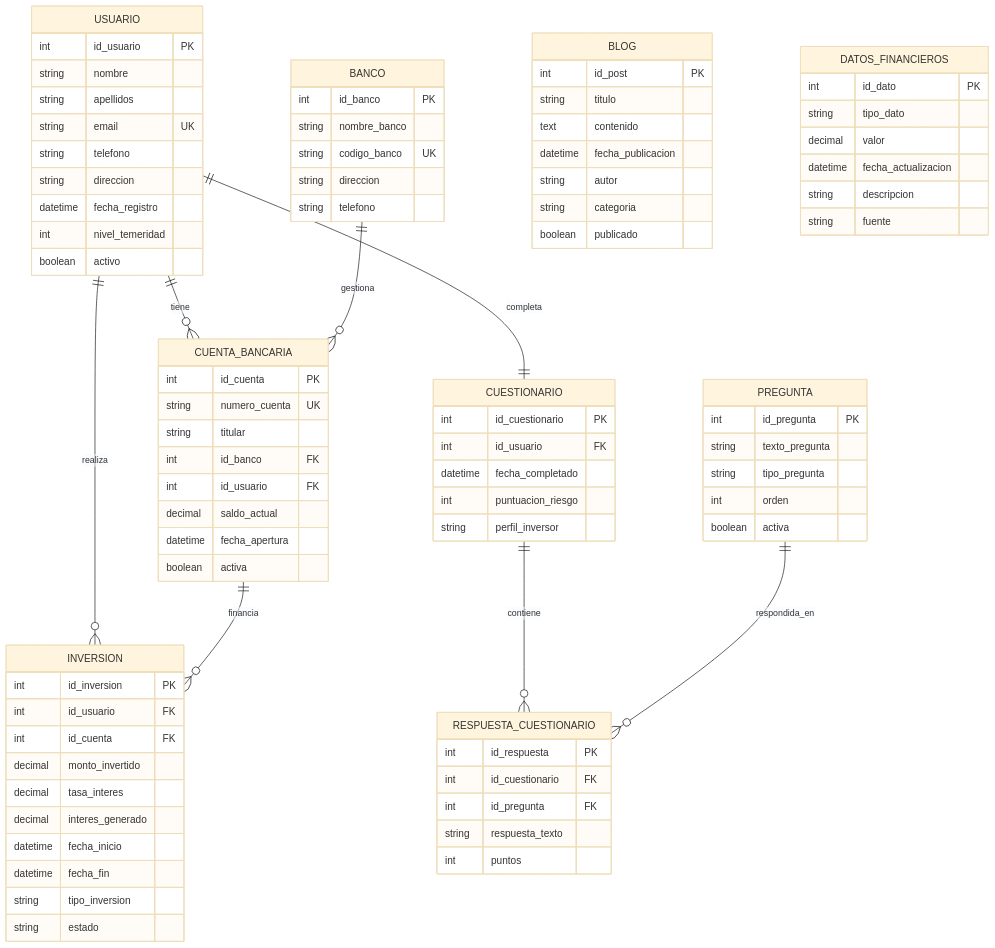
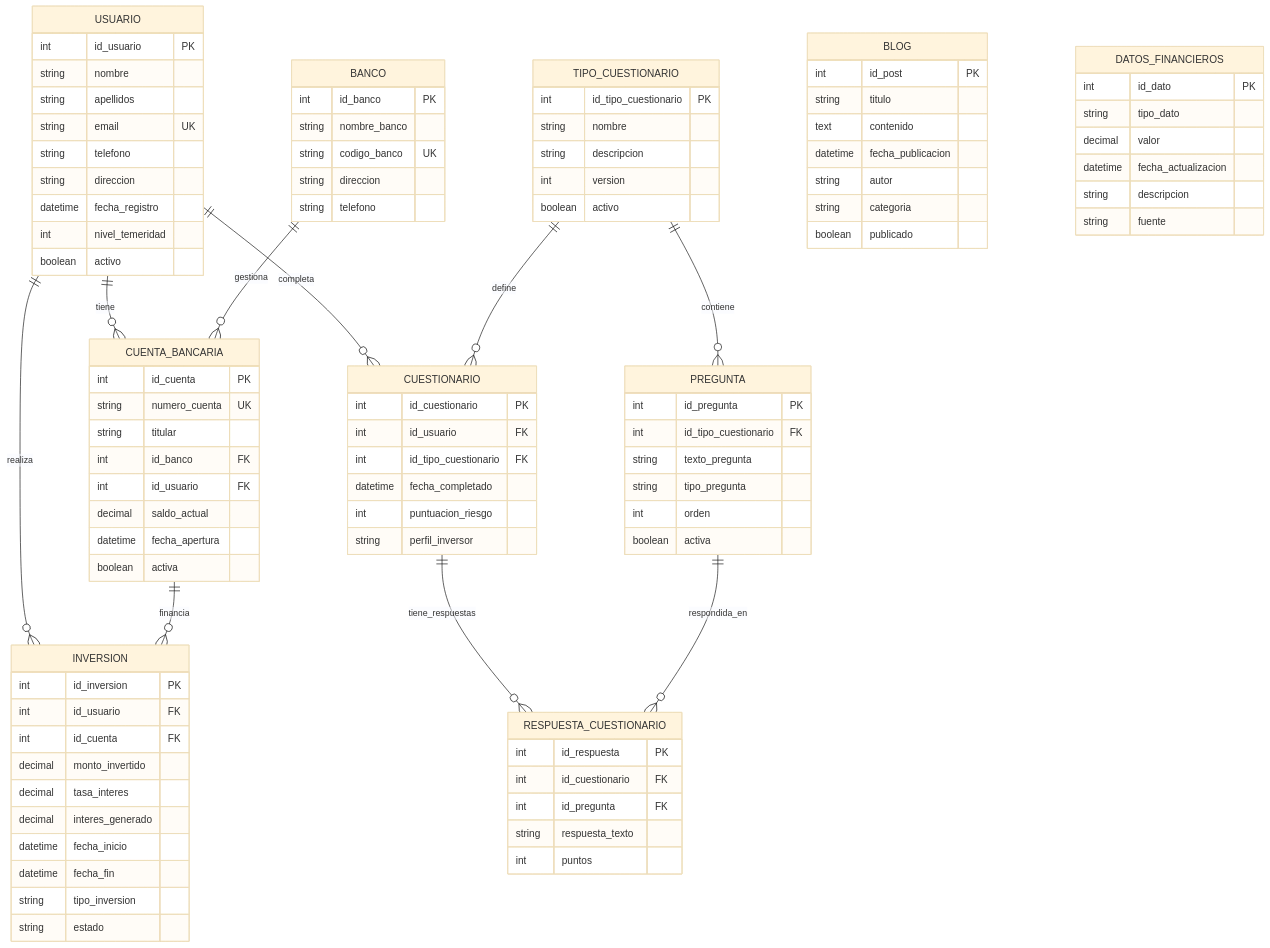
Before and after one commit to mtleiva/newry-technical-test: the diagram in DatabaseDesign/ER-Model.md, drawn with Mermaid (base theme). The commit also changed other lines of this file and 2 other files, not shown here.

First line of the commit message:
feat: Add TIPO_CUESTIONARIO entity for questionnaire templates

````diff
--- a/DatabaseDesign/ER-Model.md
+++ b/DatabaseDesign/ER-Model.md
@@ -14,11 +15,13 @@
 ```mermaid
 erDiagram
     USUARIO ||--o{ CUENTA_BANCARIA : "tiene"
-    USUARIO ||--|| CUESTIONARIO : "completa"
+    USUARIO ||--o{ CUESTIONARIO : "completa"
     USUARIO ||--o{ INVERSION : "realiza"
     BANCO ||--o{ CUENTA_BANCARIA : "gestiona"
     CUENTA_BANCARIA ||--o{ INVERSION : "financia"
-    CUESTIONARIO ||--o{ RESPUESTA_CUESTIONARIO : "contiene"
+    TIPO_CUESTIONARIO ||--o{ CUESTIONARIO : "define"
+    TIPO_CUESTIONARIO ||--o{ PREGUNTA : "contiene"
+    CUESTIONARIO ||--o{ RESPUESTA_CUESTIONARIO : "tiene_respuestas"
     PREGUNTA ||--o{ RESPUESTA_CUESTIONARIO : "respondida_en"
 
     USUARIO {
@@ -65,9 +68,18 @@
         string estado
     }
 
+    TIPO_CUESTIONARIO {
+        int id_tipo_cuestionario PK
+        string nombre
+        string descripcion
+        int version
+        boolean activo
+    }
+
     CUESTIONARIO {
         int id_cuestionario PK
         int id_usuario FK
+        int id_tipo_cuestionario FK
         datetime fecha_completado
         int puntuacion_riesgo
         string perfil_inversor
@@ -75,6 +87,7 @@
 
     PREGUNTA {
         int id_pregunta PK
+        int id_tipo_cuestionario FK
         string texto_pregunta
         string tipo_pregunta
         int orden
````
